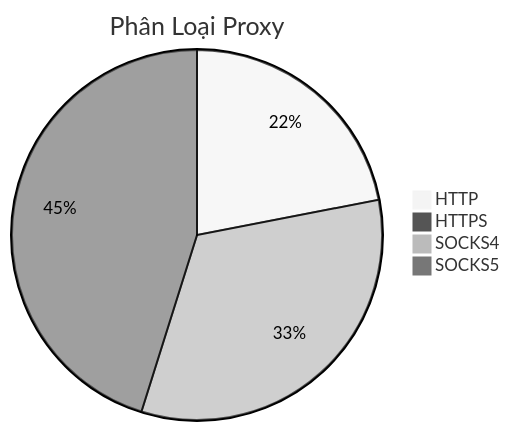
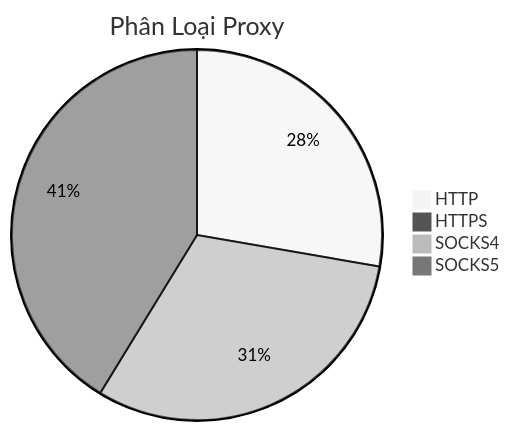
Before and after one commit to Ciara-12/PROXY-free: the diagram in README.md, drawn with Mermaid (neutral theme). The commit also changed other lines of this file and 4 other files, not shown here.

````diff
--- a/README.md
+++ b/README.md
@@ -26,7 +26,7 @@
 ```mermaid
 pie title Phân Loại Proxy
-    "HTTP" : 319
+    "HTTP" : 371
     "HTTPS" : 1
-    "SOCKS4" : 478
-    "SOCKS5" : 656
+    "SOCKS4" : 415
+    "SOCKS5" : 552
 ```
````
